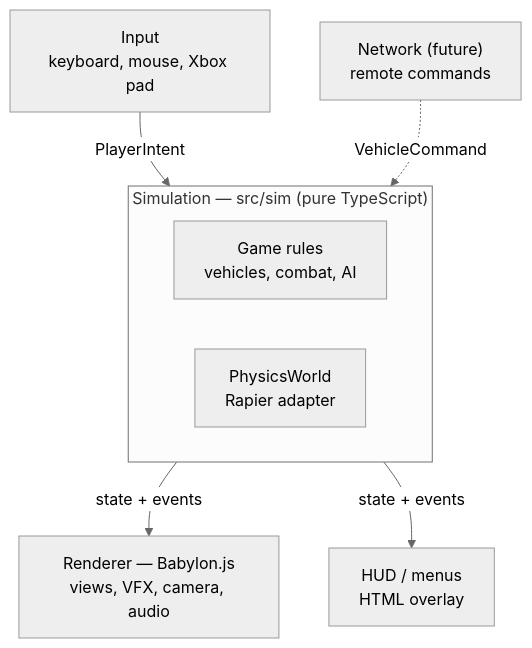
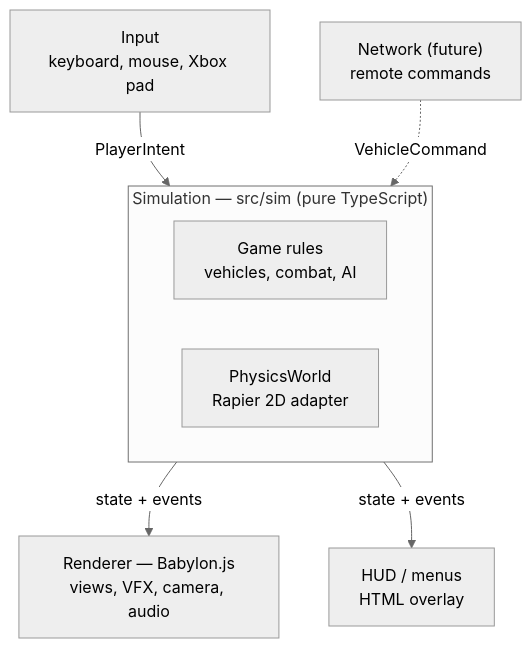
Before and after one commit to boneill406/hardpoint: the first of 2 diagrams in docs/architecture.md, drawn with Mermaid (neutral theme). The commit also changed other lines of this file and 12 other files, not shown here.

First line of the commit message:
M0-4: Rapier 2D behind PhysicsWorld; ADR-0005

````diff
--- a/docs/architecture.md
+++ b/docs/architecture.md
@@ -7,11 +7,11 @@
 ```mermaid
 flowchart TB
   input["Input<br/>keyboard, mouse, Xbox pad"] -->|PlayerIntent| sim
   net["Network (future)<br/>remote commands"] -.->|VehicleCommand| sim
   subgraph sim["Simulation — src/sim (pure TypeScript)"]
     rules["Game rules<br/>vehicles, combat, AI"]
-    phys["PhysicsWorld<br/>Rapier adapter"]
+    phys["PhysicsWorld<br/>Rapier 2D adapter"]
   end
   sim -->|state + events| render["Renderer — Babylon.js<br/>views, VFX, camera, audio"]
   sim -->|state + events| ui["HUD / menus<br/>HTML overlay"]
 ```
````
